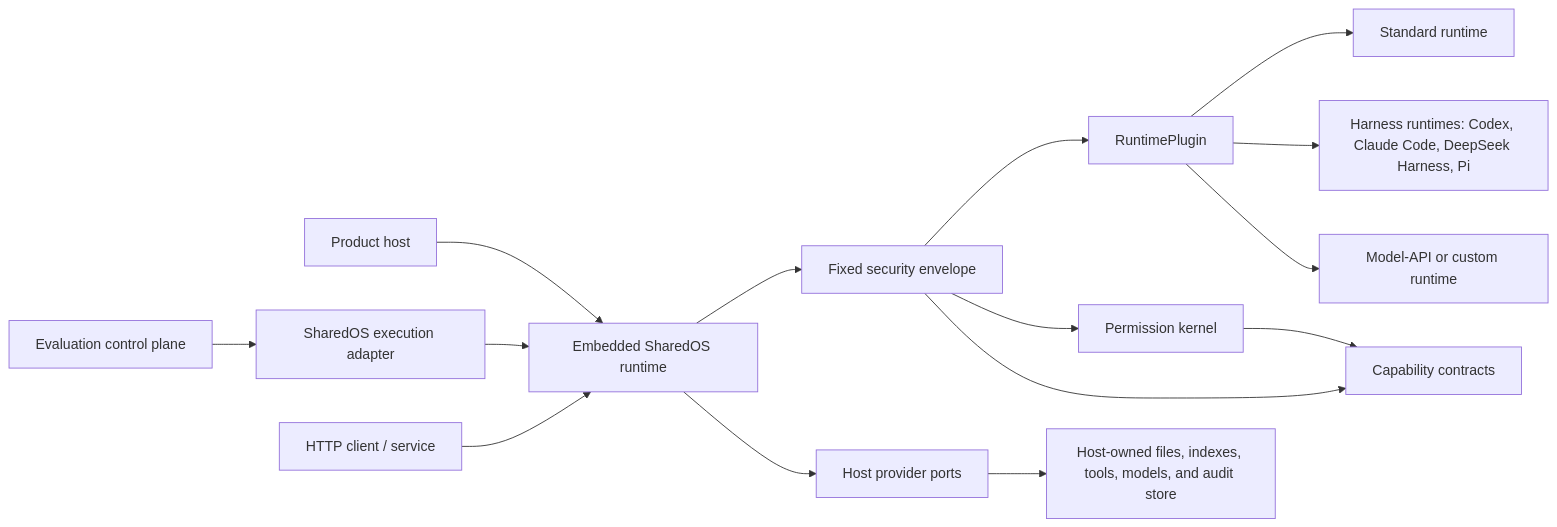
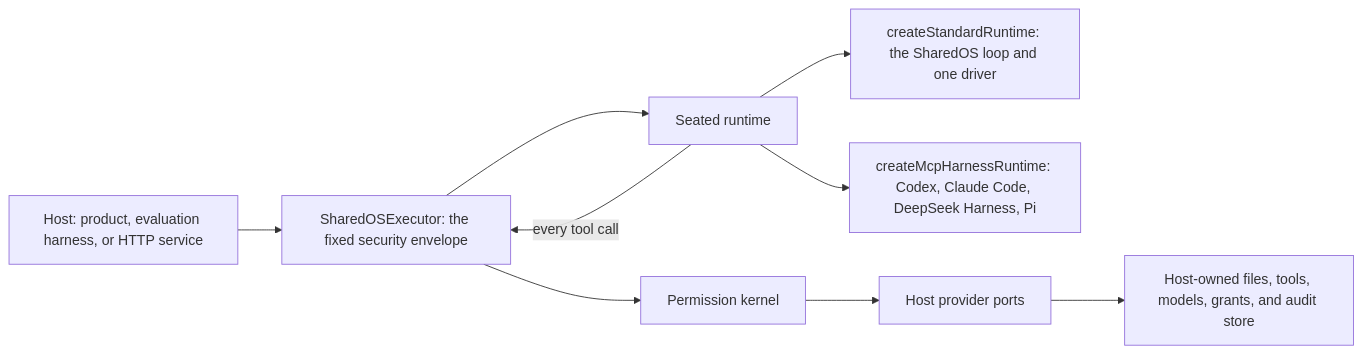
The diagram in README.md (Aicoo-Team/SharedOS), drawn with Mermaid before and after one commit. The commit also changed other lines of this file and 2 other files, not shown here.

````diff
--- a/README.md
+++ b/README.md
@@ -87,17 +99,11 @@
 ```mermaid
 flowchart LR
-  A["Product host"] --> E["Embedded SharedOS runtime"]
-  P["Evaluation control plane"] --> X["SharedOS execution adapter"]
-  X --> E
-  H["HTTP client / service"] --> E
-  E --> K["Fixed security envelope"]
-  K --> R["RuntimePlugin"]
-  R --> RS["Standard runtime"]
-  R --> RC["Harness runtimes: Codex, Claude Code, DeepSeek Harness, Pi"]
-  R --> RD["Model-API or custom runtime"]
-  K --> PK["Permission kernel"]
-  PK --> C["Capability contracts"]
-  K --> C
-  E --> HP["Host provider ports"]
-  HP --> D["Host-owned files, indexes, tools, models, and audit store"]
+  H["Host: product, evaluation harness, or HTTP service"] --> X["SharedOSExecutor: the fixed security envelope"]
+  X --> R["Seated runtime"]
+  R --> RS["createStandardRuntime: the SharedOS loop and one driver"]
+  R --> RM["createMcpHarnessRuntime: Codex, Claude Code, DeepSeek Harness, Pi"]
+  R -- "every tool call" --> X
+  X --> K["Permission kernel"]
+  K --> P["Host provider ports"]
+  P --> D["Host-owned files, tools, models, grants, and audit store"]
 ```
````
